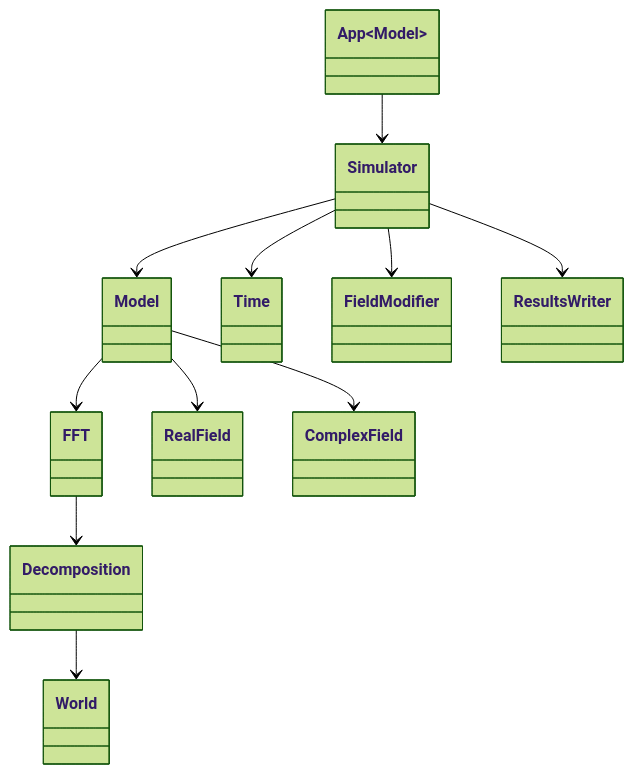
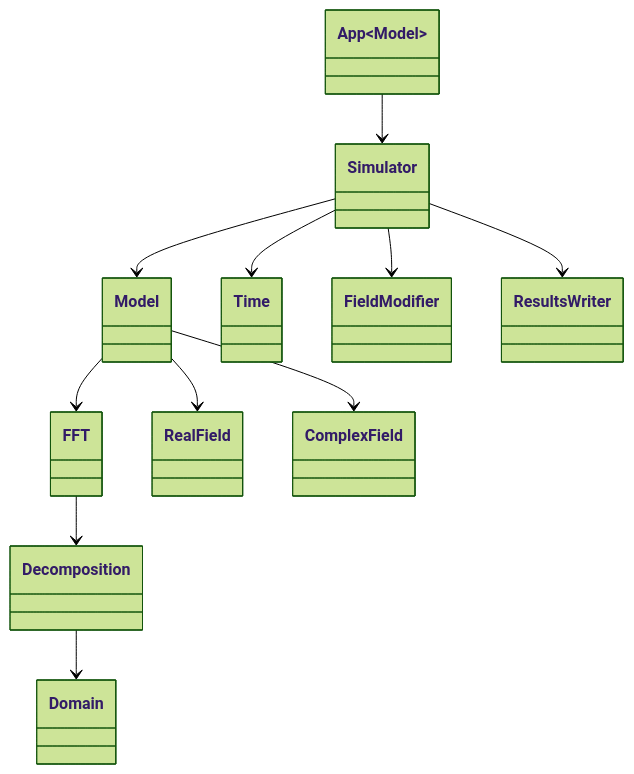
The diagram in README.md (VTT-ProperTune/OpenPFC), drawn with Mermaid (forest theme) before and after one commit. The commit also changed other lines of this file, not shown here.

First line of the commit message:
M1: update project docs to reference Domain, not the deprecated World

````diff
--- a/README.md
+++ b/README.md
@@ -281,13 +281,13 @@
 ```mermaid
 classDiagram
   App~Model~ --> Simulator
   Simulator --> Model
   Simulator --> Time
   Simulator --> FieldModifier
   Simulator --> ResultsWriter
   Model --> FFT
   Model --> RealField
   Model --> ComplexField
   FFT --> Decomposition
-  Decomposition --> World
+  Decomposition --> Domain
 ```
````
